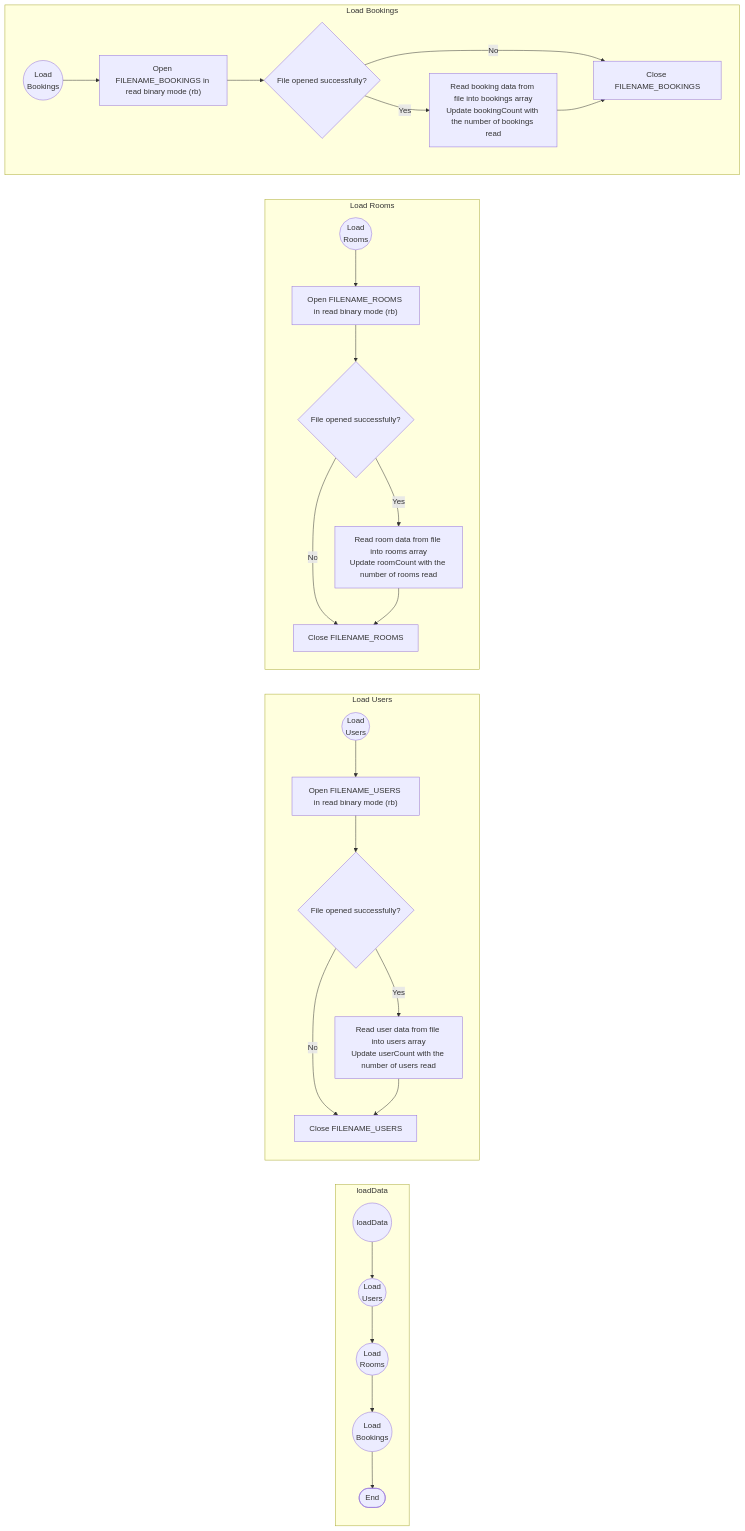
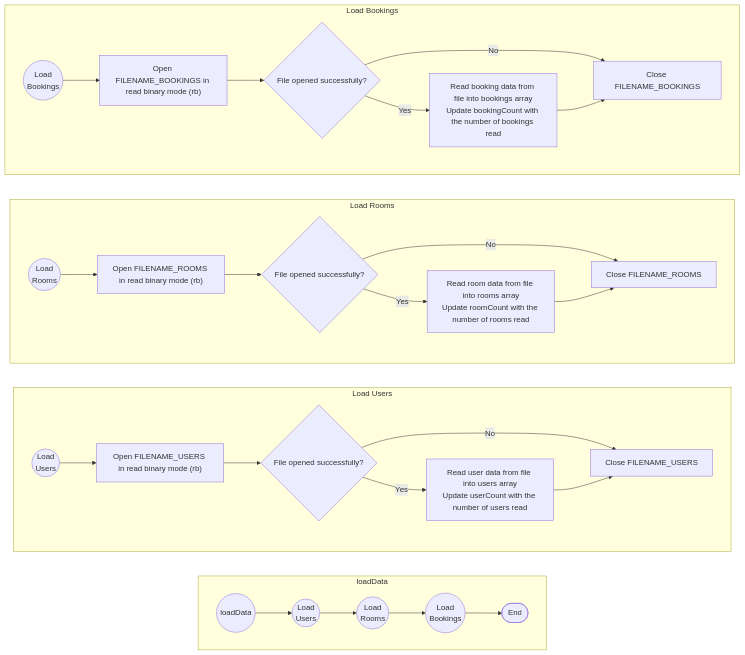
Before and after one commit to fourevl/final-C-HMS: the second of 2 diagrams in schemes/21.md, drawn with Mermaid.

Commit message:
fixed graph

````diff
--- a/schemes/21.md
+++ b/schemes/21.md
@@ -75,53 +75,53 @@
 ```mermaid
 flowchart LR
     subgraph loadData [loadData]
-        direction TB
+        direction LR
         LD(("loadData"))
         LD --> A((Load<br>Users))
         A --> B((Load<br>Rooms))
         B --> C((Load<br>Bookings))
         C --> end1(["End"])
     end
 
     subgraph LoadUsers [Load Users]
-        direction TB
+        direction LR
         LU(("Load<br>Users"))
         LU --> 1
         1["Open FILENAME_USERS in read binary mode (rb)"]
         1 --> 2
         2{"File opened successfully?"}
         2 -- Yes --> 3
         2 -- No --> 4
         3["Read user data from file into users array<br>Update userCount with the number of users read"]
         3 --> 4
         4["Close FILENAME_USERS"]
     end
 
     subgraph LoadRooms [Load Rooms]
-        direction TB
+        direction LR
         LR(("Load<br>Rooms"))
         LR --> 5
         5["Open FILENAME_ROOMS in read binary mode (rb)"]
         5 --> 6
         6{"File opened successfully?"}
         6 -- Yes --> 7
         6 -- No --> 8
         7["Read room data from file into rooms array<br>Update roomCount with the number of rooms read"]
         7 --> 8
         8["Close FILENAME_ROOMS"]
     end
 
     subgraph LoadBookings [Load Bookings]
         direction LR
         LB(("Load<br>Bookings"))
         LB --> 9
         9["Open FILENAME_BOOKINGS in read binary mode (rb)"]
         9 --> 10
         10{"File opened successfully?"}
         10 -- Yes --> 11
         10 -- No --> 12
         11["Read booking data from file into bookings array<br>Update bookingCount with the number of bookings read"]
         11 --> 12
         12["Close FILENAME_BOOKINGS"]
     end
 ```
````
